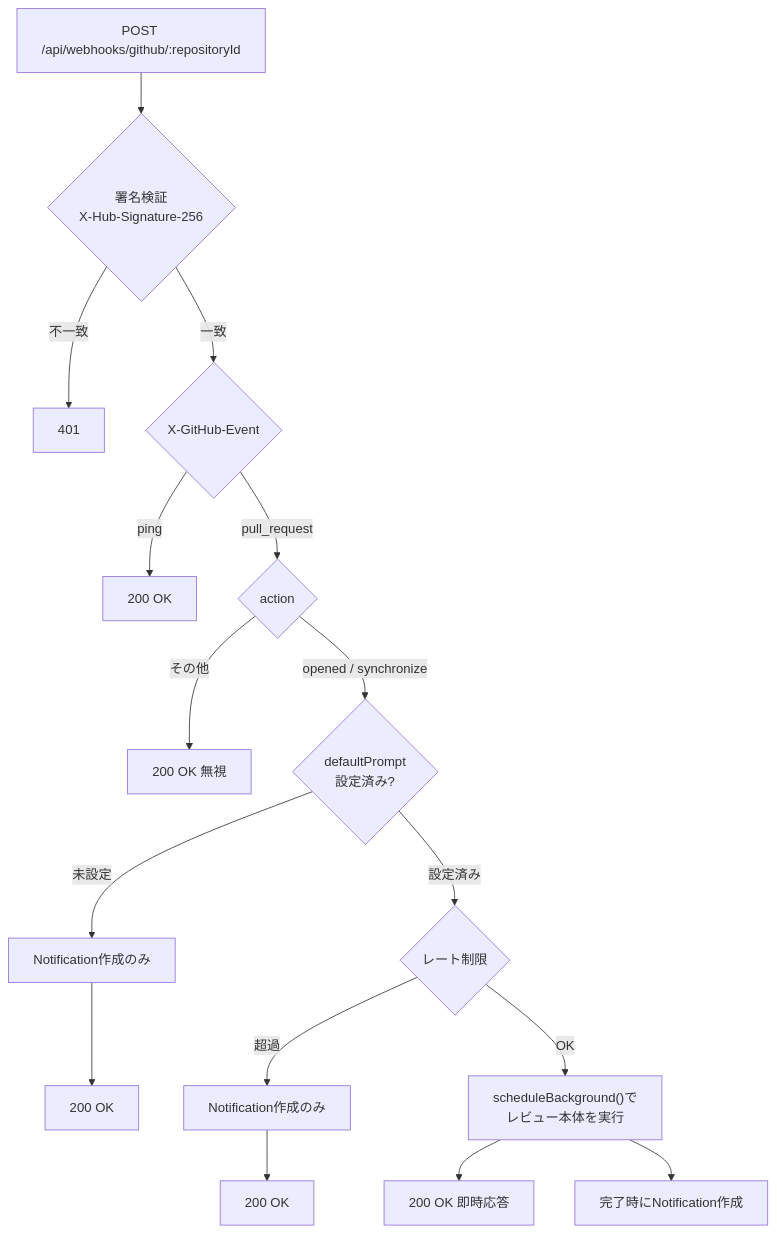
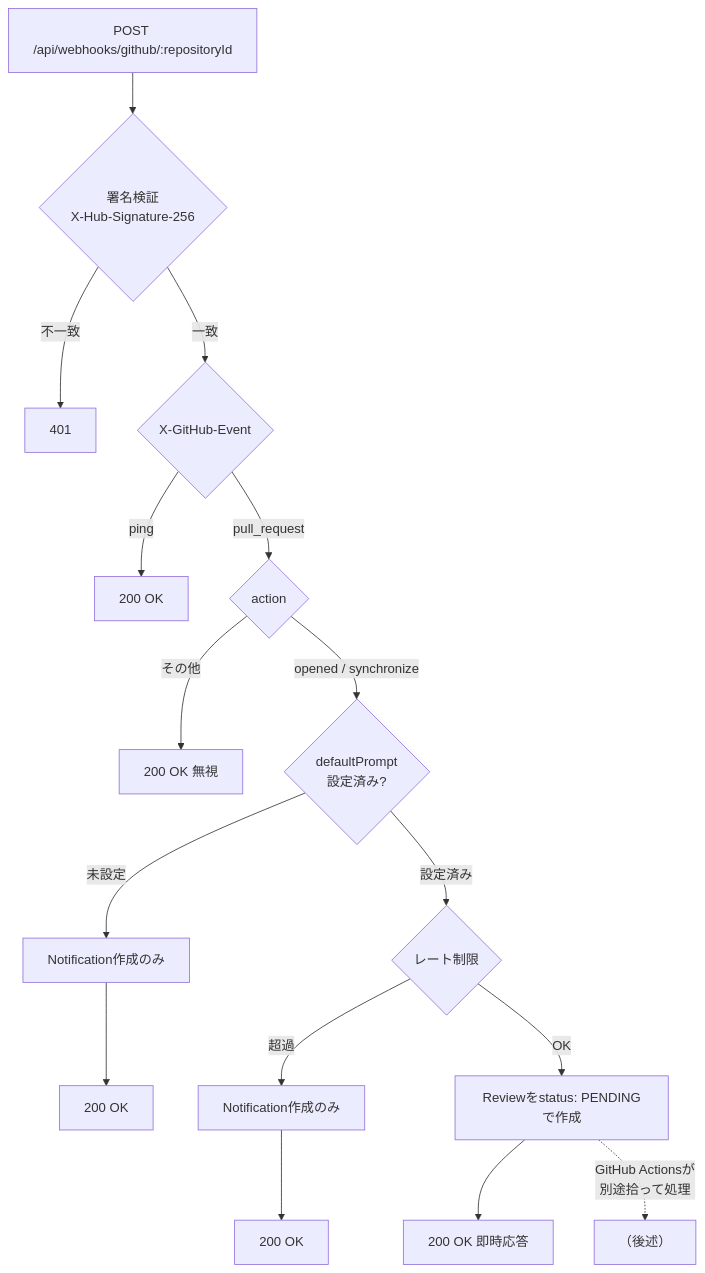
One commit to takubo29new/ai-forge changed the third of 4 diagrams in docs/phases/phase2-design.md. Above: the diagram before and after it, drawn with Mermaid. The commit also changed other lines of this file and 14 other files, not shown here.

````diff
--- a/docs/phases/phase2-design.md
+++ b/docs/phases/phase2-design.md
@@ -179,15 +181,15 @@
 ```mermaid
 flowchart TD
     Recv["POST /api/webhooks/github/:repositoryId"] --> Sig{署名検証<br/>X-Hub-Signature-256}
     Sig -- 不一致 --> R401[401]
     Sig -- 一致 --> Event{X-GitHub-Event}
     Event -- ping --> R200a[200 OK]
     Event -- pull_request --> Action{action}
     Action -- その他 --> R200b[200 OK 無視]
     Action -- "opened / synchronize" --> Prompt{defaultPrompt<br/>設定済み?}
     Prompt -- 未設定 --> Notify1[Notification作成のみ] --> R200c[200 OK]
     Prompt -- 設定済み --> RateLimit{レート制限}
     RateLimit -- 超過 --> Notify2[Notification作成のみ] --> R200d[200 OK]
-    RateLimit -- OK --> BG["scheduleBackground()で<br/>レビュー本体を実行"] --> R200e[200 OK 即時応答]
-    BG --> Done[完了時にNotification作成]
+    RateLimit -- OK --> Pending["Reviewをstatus: PENDINGで作成"] --> R200e[200 OK 即時応答]
+    Pending -.->|GitHub Actionsが<br/>別途拾って処理| Worker[（後述）]
 ```
````
